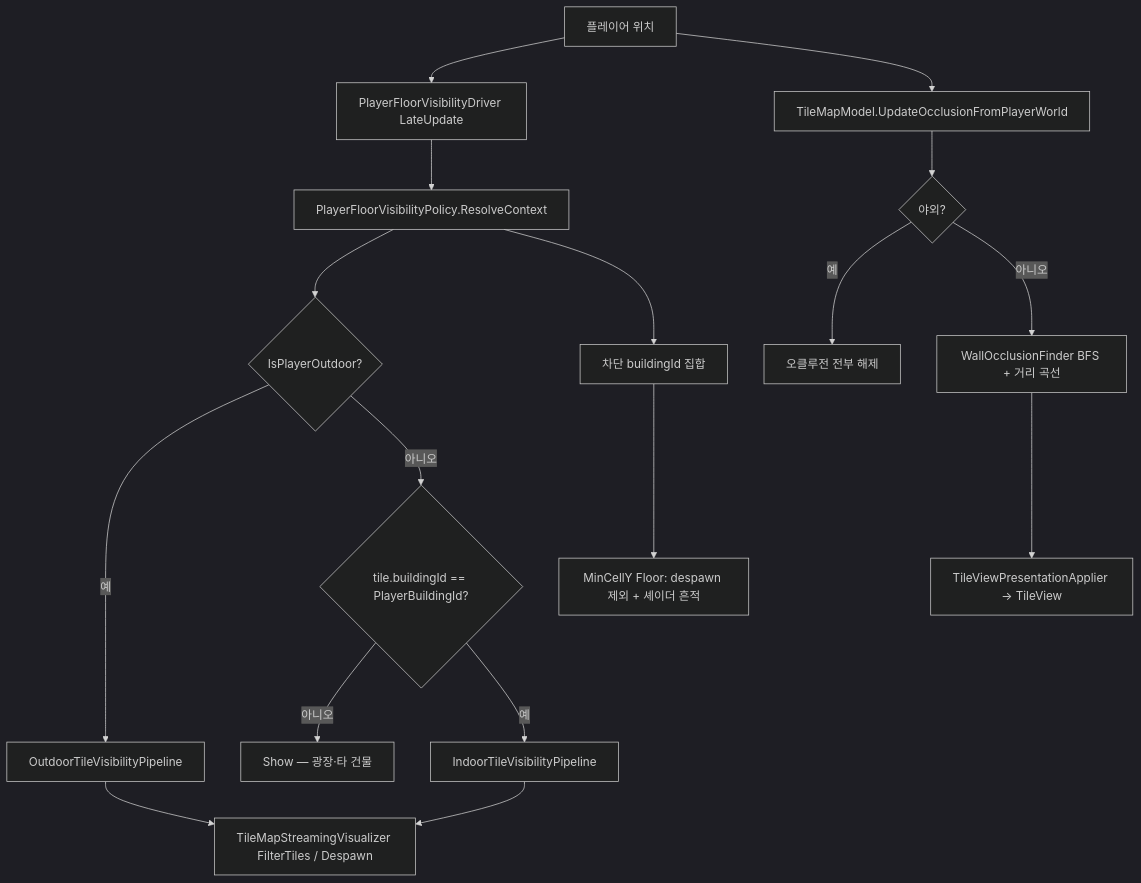
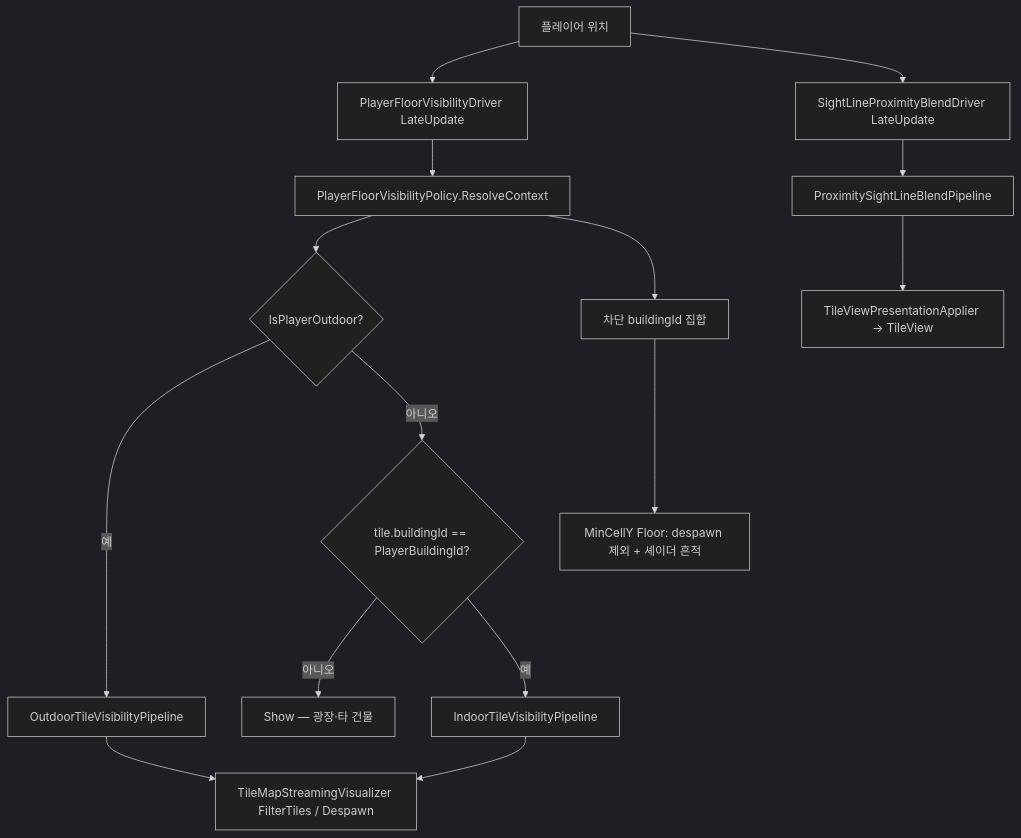
Before and after one commit to garunnir/Project_Pictureless: the diagram in Assets/Dist/Scripts/Map/TileMap/TILEMAP_VISIBILITY.md, drawn with Mermaid (dark theme). The commit also changed other lines of this file and 56 other files, not shown here.

First line of the commit message:
Add sight-line proximity blend & occlusion

````diff
--- a/Assets/Dist/Scripts/Map/TileMap/TILEMAP_VISIBILITY.md
+++ b/Assets/Dist/Scripts/Map/TileMap/TILEMAP_VISIBILITY.md
@@ -19,20 +19,18 @@
 ```mermaid
 flowchart TD
     Player[플레이어 위치] --> Driver[PlayerFloorVisibilityDriver LateUpdate]
     Driver --> Policy[PlayerFloorVisibilityPolicy.ResolveContext]
     Policy --> Outdoor{IsPlayerOutdoor?}
     Outdoor -->|예| OutdoorPipe[OutdoorTileVisibilityPipeline]
     Outdoor -->|아니오| IndoorBranch{tile.buildingId == PlayerBuildingId?}
     IndoorBranch -->|아니오| ShowOther[Show — 광장·타 건물]
     IndoorBranch -->|예| IndoorPipe[IndoorTileVisibilityPipeline]
     OutdoorPipe --> Stream[TileMapStreamingVisualizer FilterTiles / Despawn]
     IndoorPipe --> Stream
     Policy --> SightLine[차단 buildingId 집합]
     SightLine --> MinFloor[MinCellY Floor: despawn 제외 + 셰이더 흔적]
 
-    Player --> Model[TileMapModel.UpdateOcclusionFromPlayerWorld]
-    Model --> OutdoorCheck{야외?}
-    OutdoorCheck -->|예| ClearOcc[오클루전 전부 해제]
-    OutdoorCheck -->|아니오| BFS[WallOcclusionFinder BFS + 거리 곡선]
-    BFS --> Applier[TileViewPresentationApplier → TileView]
+    Player --> BlendDriver[SightLineProximityBlendDriver LateUpdate]
+    BlendDriver --> ProxPipe[ProximitySightLineBlendPipeline]
+    ProxPipe --> Applier[TileViewPresentationApplier → TileView]
 ```
````
